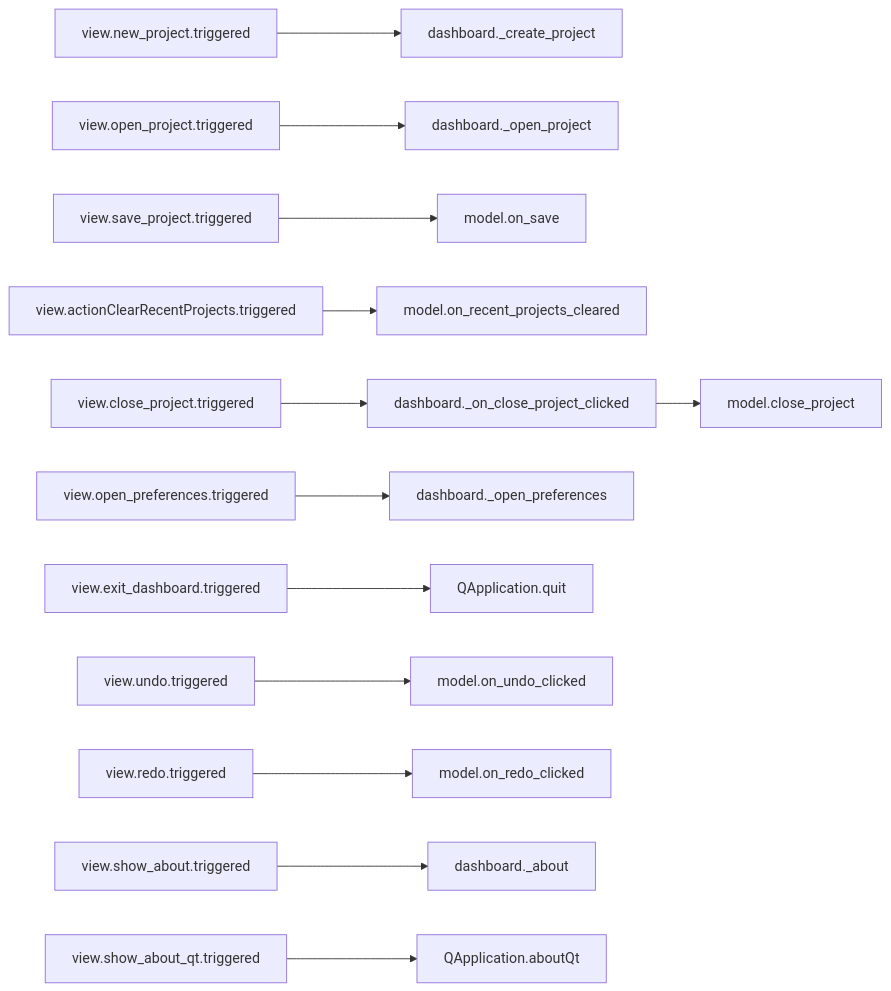
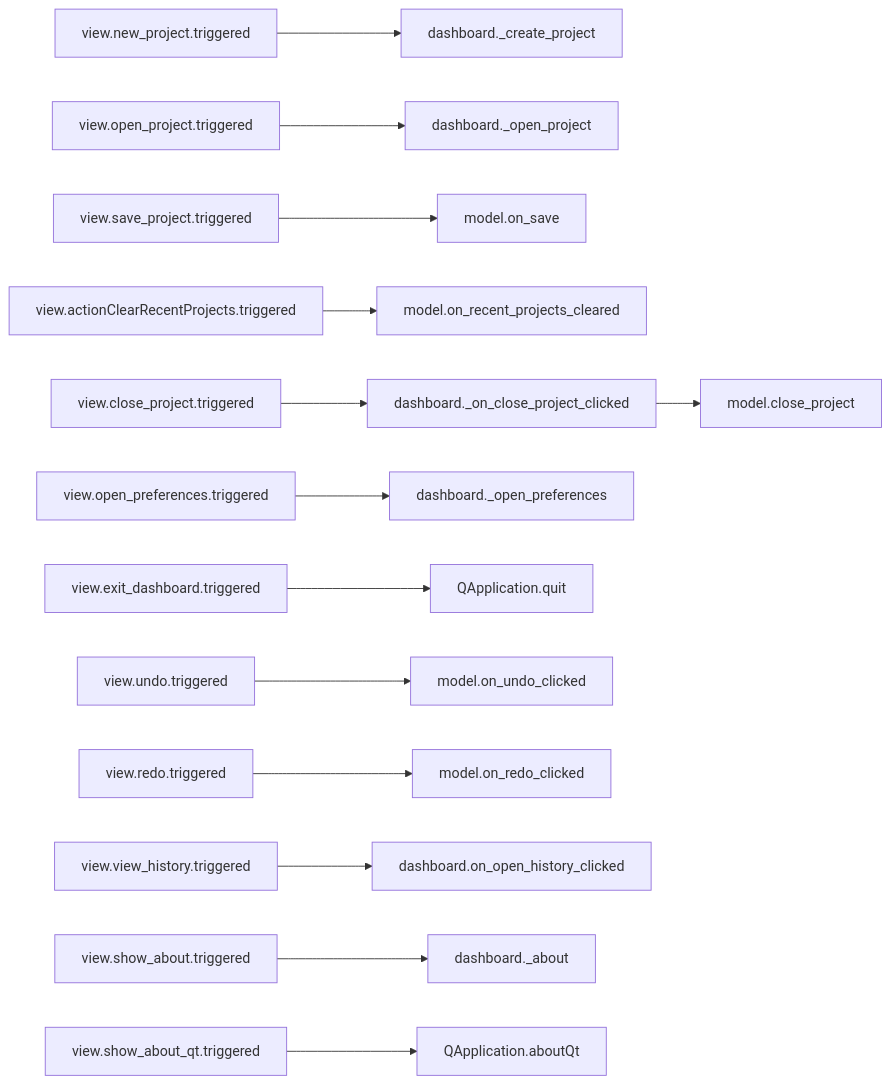
Before and after one commit to com-posers-pit/smw_music: the second of 9 diagrams in doc/source/dashboard_signal_slot_map.rst, drawn with Mermaid. The commit also changed 3 other files, not shown here.

First line of the commit message:
Add edit menu view-history item

```diff
--- a/doc/source/dashboard_signal_slot_map.rst
+++ b/doc/source/dashboard_signal_slot_map.rst
@@ -40,14 +40,15 @@
 .. mermaid::
 
    flowchart LR
       view.new_project.triggered --> dashboard._create_project
       view.open_project.triggered --> dashboard._open_project
       view.save_project.triggered --> model.on_save
       view.actionClearRecentProjects.triggered --> model.on_recent_projects_cleared
       view.close_project.triggered --> dashboard._on_close_project_clicked --> model.close_project
       view.open_preferences.triggered --> dashboard._open_preferences
       view.exit_dashboard.triggered --> QApplication.quit
       view.undo.triggered --> model.on_undo_clicked
       view.redo.triggered --> model.on_redo_clicked
+      view.view_history.triggered --> dashboard.on_open_history_clicked
       view.show_about.triggered --> dashboard._about
       view.show_about_qt.triggered --> QApplication.aboutQt
```
